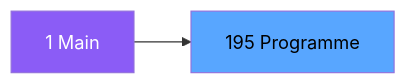
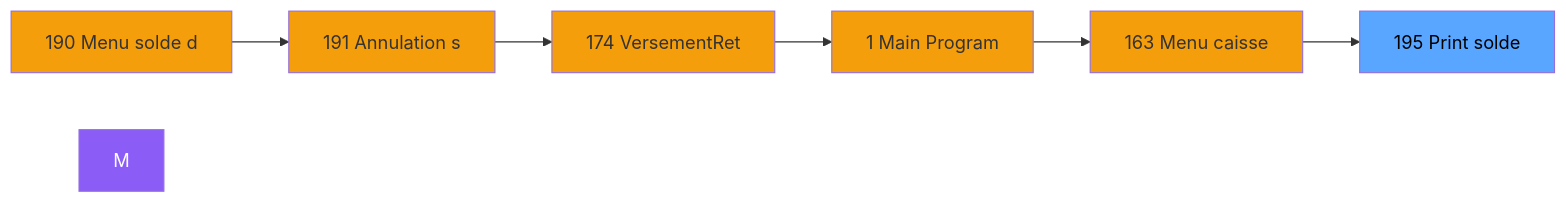
One commit to thonyAGP/magic-migration changed the second of 3 diagrams in .openspec/specs/ADH-IDE-195.md. Above: the diagram before and after it, drawn with Mermaid. The commit also changed other lines of this file and 323 other files, not shown here.

````diff
--- a/.openspec/specs/ADH-IDE-195.md
+++ b/.openspec/specs/ADH-IDE-195.md
@@ -108,8 +127,21 @@
 ```mermaid
 graph LR
-    M[1 Main]
-    T[195 Programme]
-    M --> T
+    N190[190 Menu solde d]
+    N191[191 Annulation s]
+    N174[174 VersementRet]
+    N1[1 Main Program]
+    N163[163 Menu caisse ]
+    T[195 Print solde ]
+    N190 --> N191
+    N191 --> N174
+    N174 --> N1
+    N1 --> N163
+    N163 --> T
     style M fill:#8b5cf6,color:#fff
+    style N190 fill:#f59e0b
+    style N191 fill:#f59e0b
+    style N174 fill:#f59e0b
+    style N1 fill:#f59e0b
+    style N163 fill:#f59e0b
     style T fill:#58a6ff,color:#000
 ```
````
